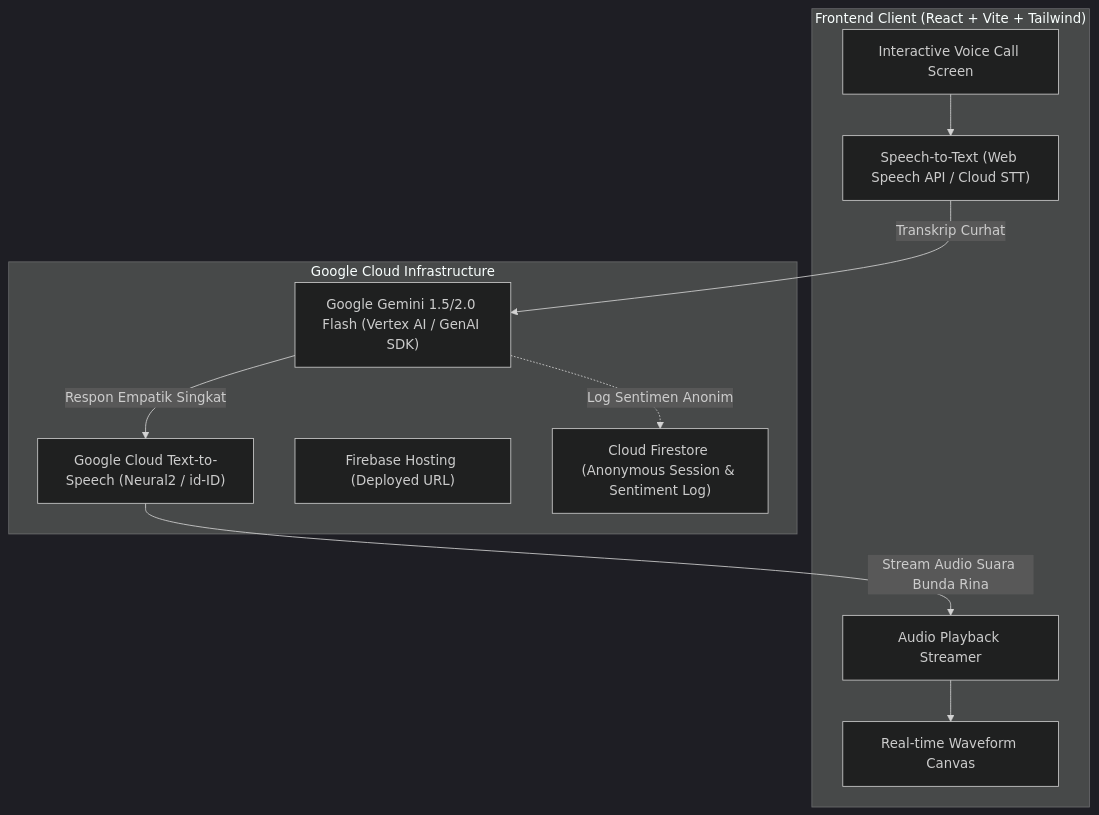
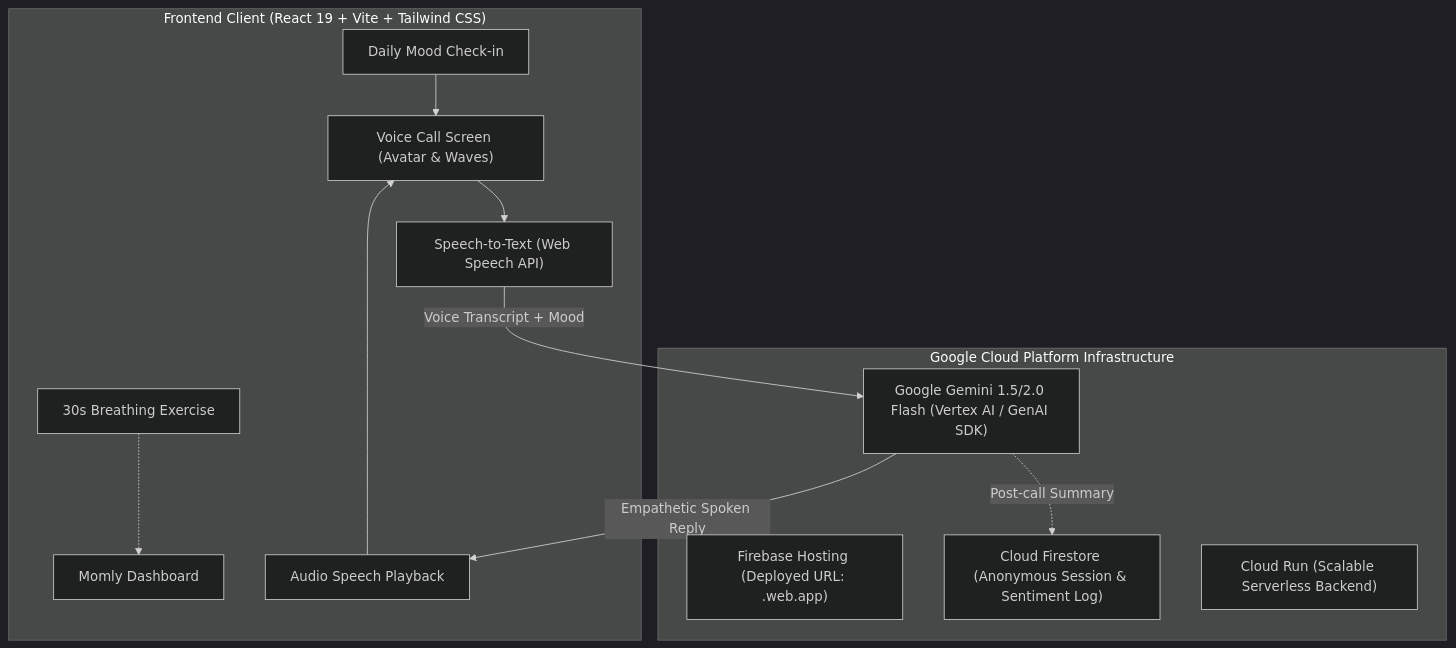
The diagram in BRAINSTORMING_AND_PRD.md (ginasabrinaasharie-ctrl/momly-ai), drawn with Mermaid (dark theme) before and after one commit. The commit also changed other lines of this file and 29 other files, not shown here.

Commit message:
feat: enhance Momly AI voice companion with emotional grounding, multi-language support, avatar expressions, and onboarding flow

````diff
--- a/BRAINSTORMING_AND_PRD.md
+++ b/BRAINSTORMING_AND_PRD.md
@@ -55,23 +64,26 @@
 ```mermaid
 flowchart TD
-    subgraph Client["Frontend Client (React + Vite + Tailwind)"]
-        UI_Call["Interactive Voice Call Screen"]
-        Audio_Visualizer["Real-time Waveform Canvas"]
-        STT_Engine["Speech-to-Text (Web Speech API / Cloud STT)"]
-        TTS_Player["Audio Playback Streamer"]
+    subgraph Client["Frontend Client (React 19 + Vite + Tailwind CSS)"]
+        UI_Home["Momly Dashboard"]
+        Mood["Daily Mood Check-in"]
+        Breath["30s Breathing Exercise"]
+        UI_Call["Voice Call Screen (Avatar & Waves)"]
+        STT["Speech-to-Text (Web Speech API)"]
+        TTS["Audio Speech Playback"]
     end
 
-    subgraph GCP["Google Cloud Infrastructure"]
+    subgraph GCP["Google Cloud Platform Infrastructure"]
         Gemini_Flash["Google Gemini 1.5/2.0 Flash (Vertex AI / GenAI SDK)"]
-        Cloud_TTS["Google Cloud Text-to-Speech (Neural2 / id-ID)"]
-        Firebase_Hosting["Firebase Hosting (Deployed URL)"]
+        Firebase_Hosting["Firebase Hosting (Deployed URL: .web.app)"]
         Firestore["Cloud Firestore (Anonymous Session & Sentiment Log)"]
+        Cloud_Run["Cloud Run (Scalable Serverless Backend)"]
     end
 
-    UI_Call --> STT_Engine
-    STT_Engine -->|Transkrip Curhat| Gemini_Flash
-    Gemini_Flash -->|Respon Empatik Singkat| Cloud_TTS
-    Cloud_TTS -->|Stream Audio Suara Bunda Rina| TTS_Player
-    TTS_Player --> Audio_Visualizer
-    Gemini_Flash -.->|Log Sentimen Anonim| Firestore
+    Mood --> UI_Call
+    UI_Call --> STT
+    STT -->|Voice Transcript + Mood| Gemini_Flash
+    Gemini_Flash -->|Empathetic Spoken Reply| TTS
+    TTS --> UI_Call
+    Gemini_Flash -.->|Post-call Summary| Firestore
+    Breath -.-> UI_Home
 ```
````
